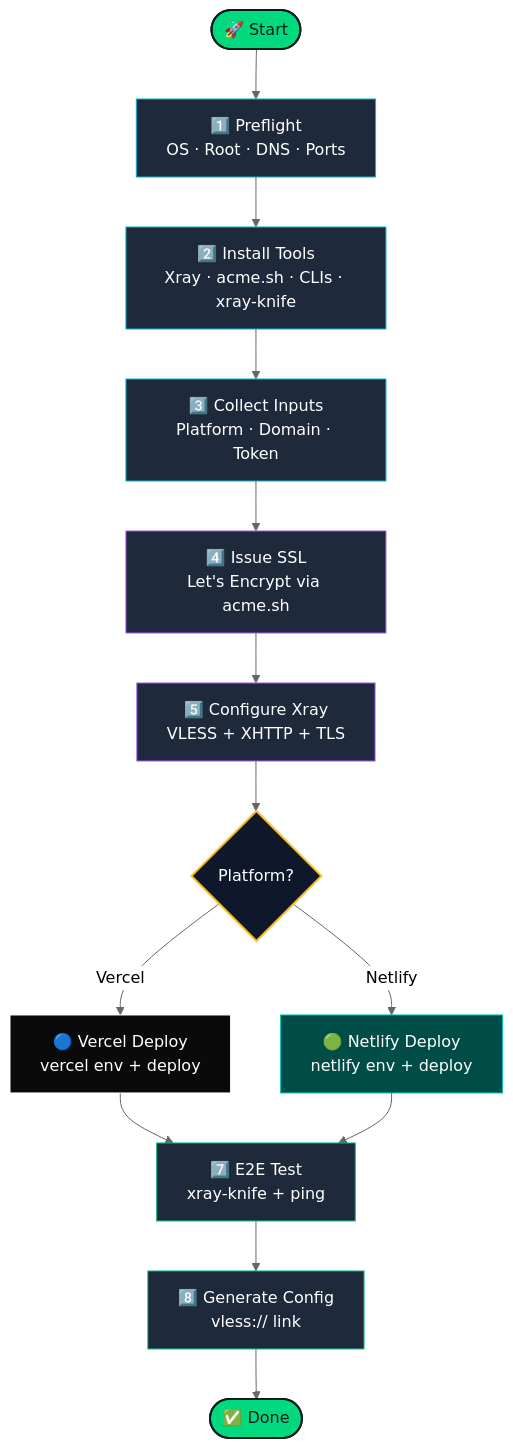
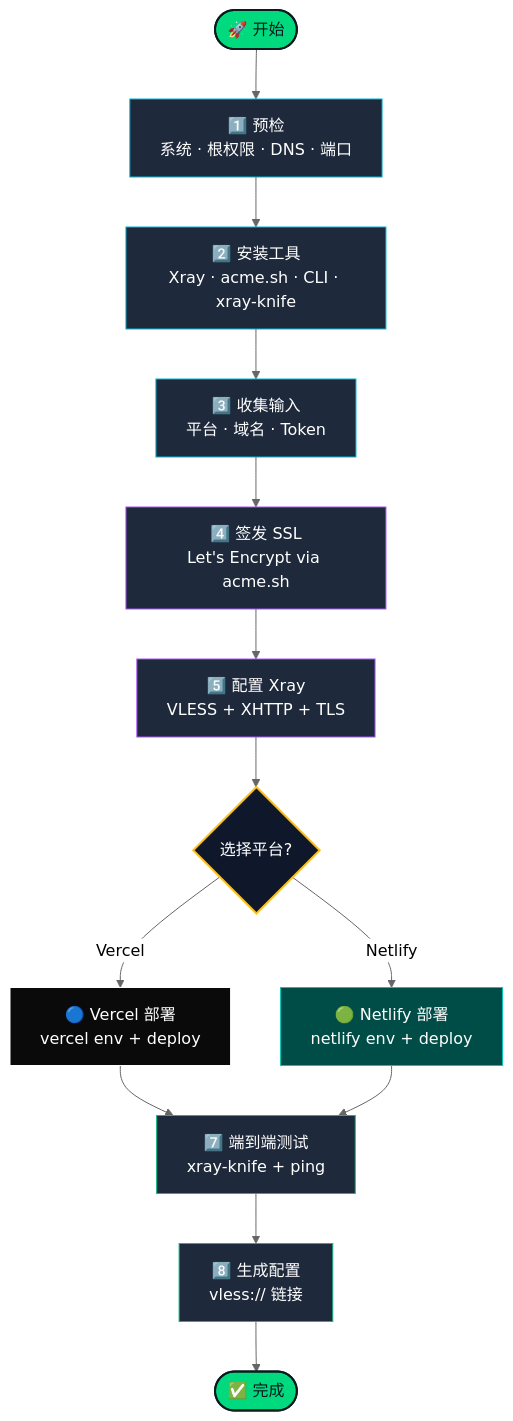
One commit to zsigoio/XHTTP-Installer changed the second of 2 diagrams in README.md. Above: the diagram before and after it, drawn with Mermaid (neutral theme). The commit also changed other lines of this file and 3 other files, not shown here.

````diff
--- a/README.md
+++ b/README.md
@@ -107,29 +94,29 @@
 ```mermaid
 flowchart TD
-    Start([🚀 Start]) --> P1
-    P1["1️⃣ Preflight<br/>OS · Root · DNS · Ports"] --> P2
-    P2["2️⃣ Install Tools<br/>Xray · acme.sh · CLIs · xray-knife"] --> P3
-    P3["3️⃣ Collect Inputs<br/>Platform · Domain · Token"] --> P4A
-    P4A["4️⃣ Issue SSL<br/>Let's Encrypt via acme.sh"] --> P4B
-    P4B["5️⃣ Configure Xray<br/>VLESS + XHTTP + TLS"] --> P4C
-    P4C{Platform?}
-    P4C -->|Vercel| V["🔵 Vercel Deploy<br/>vercel env + deploy"]
-    P4C -->|Netlify| N["🟢 Netlify Deploy<br/>netlify env + deploy"]
+    Start([🚀 开始]) --> P1
+    P1["1️⃣ 预检<br/>系统 · 根权限 · DNS · 端口"] --> P2
+    P2["2️⃣ 安装工具<br/>Xray · acme.sh · CLI · xray-knife"] --> P3
+    P3["3️⃣ 收集输入<br/>平台 · 域名 · Token"] --> P4A
+    P4A["4️⃣ 签发 SSL<br/>Let's Encrypt via acme.sh"] --> P4B
+    P4B["5️⃣ 配置 Xray<br/>VLESS + XHTTP + TLS"] --> P4C
+    P4C{选择平台?}
+    P4C -->|Vercel| V["🔵 Vercel 部署<br/>vercel env + deploy"]
+    P4C -->|Netlify| N["🟢 Netlify 部署<br/>netlify env + deploy"]
     V --> P5
     N --> P5
-    P5["7️⃣ E2E Test<br/>xray-knife + ping"] --> P6
-    P6["8️⃣ Generate Config<br/>vless:// link"] --> Done([✅ Done])
+    P5["7️⃣ 端到端测试<br/>xray-knife + ping"] --> P6
+    P6["8️⃣ 生成配置<br/>vless:// 链接"] --> Done([✅ 完成])
 
     style Start fill:#00d97e,stroke:#0a1a1f,stroke-width:2px,color:#0a1a1f
     style Done fill:#00d97e,stroke:#0a1a1f,stroke-width:2px,color:#0a1a1f
     style P1 fill:#1e293b,stroke:#06b6d4,color:#fff
     style P2 fill:#1e293b,stroke:#06b6d4,color:#fff
     style P3 fill:#1e293b,stroke:#06b6d4,color:#fff
     style P4A fill:#1e293b,stroke:#a855f7,color:#fff
     style P4B fill:#1e293b,stroke:#a855f7,color:#fff
     style P4C fill:#0f172a,stroke:#fbbf24,stroke-width:2px,color:#fff
     style V fill:#0a0a0a,stroke:#ffffff,color:#fff
     style N fill:#004d47,stroke:#00C7B7,color:#fff
     style P5 fill:#1e293b,stroke:#10b981,color:#fff
     style P6 fill:#1e293b,stroke:#10b981,color:#fff
 ```
````
